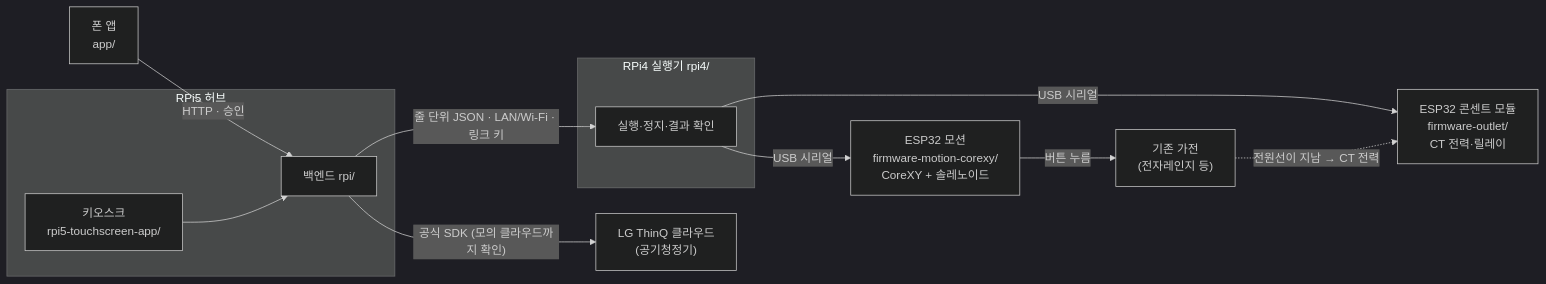
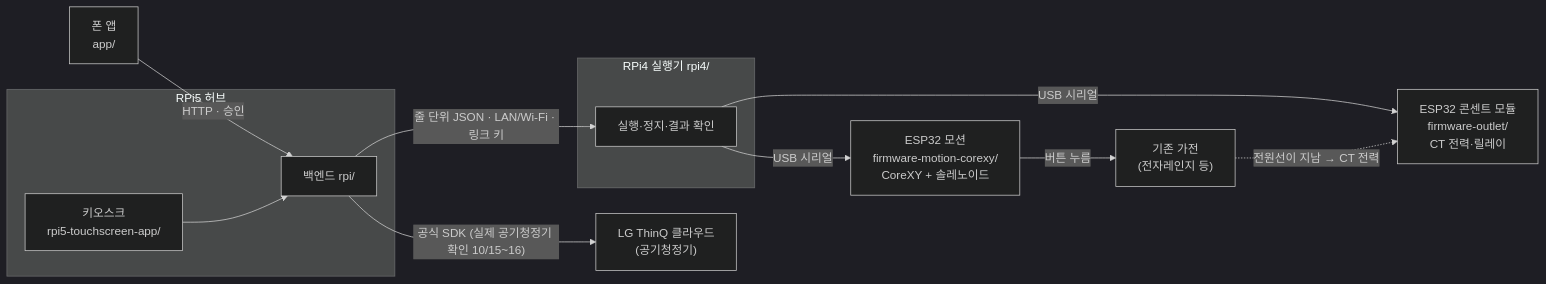
One commit to Seongwonp/Simplelay changed the diagram in README.md. Above: the diagram before and after it, drawn with Mermaid (dark theme). The commit also changed other lines of this file and 5 other files, not shown here.

````diff
--- a/README.md
+++ b/README.md
@@ -72,24 +72,24 @@
 ```mermaid
 flowchart LR
     phone["폰 앱<br/>app/"]
     subgraph rpi5["RPi5 허브"]
         hub["백엔드 rpi/"]
         kiosk["키오스크<br/>rpi5-touchscreen-app/"]
     end
     subgraph rpi4b["RPi4 실행기 rpi4/"]
         act["실행·정지·결과 확인"]
     end
     motion["ESP32 모션<br/>firmware-motion-corexy/<br/>CoreXY + 솔레노이드"]
     outlet["ESP32 콘센트 모듈<br/>firmware-outlet/<br/>CT 전력·릴레이"]
     appliance["기존 가전<br/>(전자레인지 등)"]
     thinq["LG ThinQ 클라우드<br/>(공기청정기)"]
 
     phone -->|"HTTP · 승인"| hub
     kiosk --> hub
     hub -->|"줄 단위 JSON · LAN/Wi-Fi · 링크 키"| act
     act -->|"USB 시리얼"| motion
     act -->|"USB 시리얼"| outlet
     motion -->|"버튼 누름"| appliance
     appliance -.->|"전원선이 지남 → CT 전력"| outlet
-    hub -->|"공식 SDK (모의 클라우드까지 확인)"| thinq
+    hub -->|"공식 SDK (실제 공기청정기 확인 10/15~16)"| thinq
 ```
````
